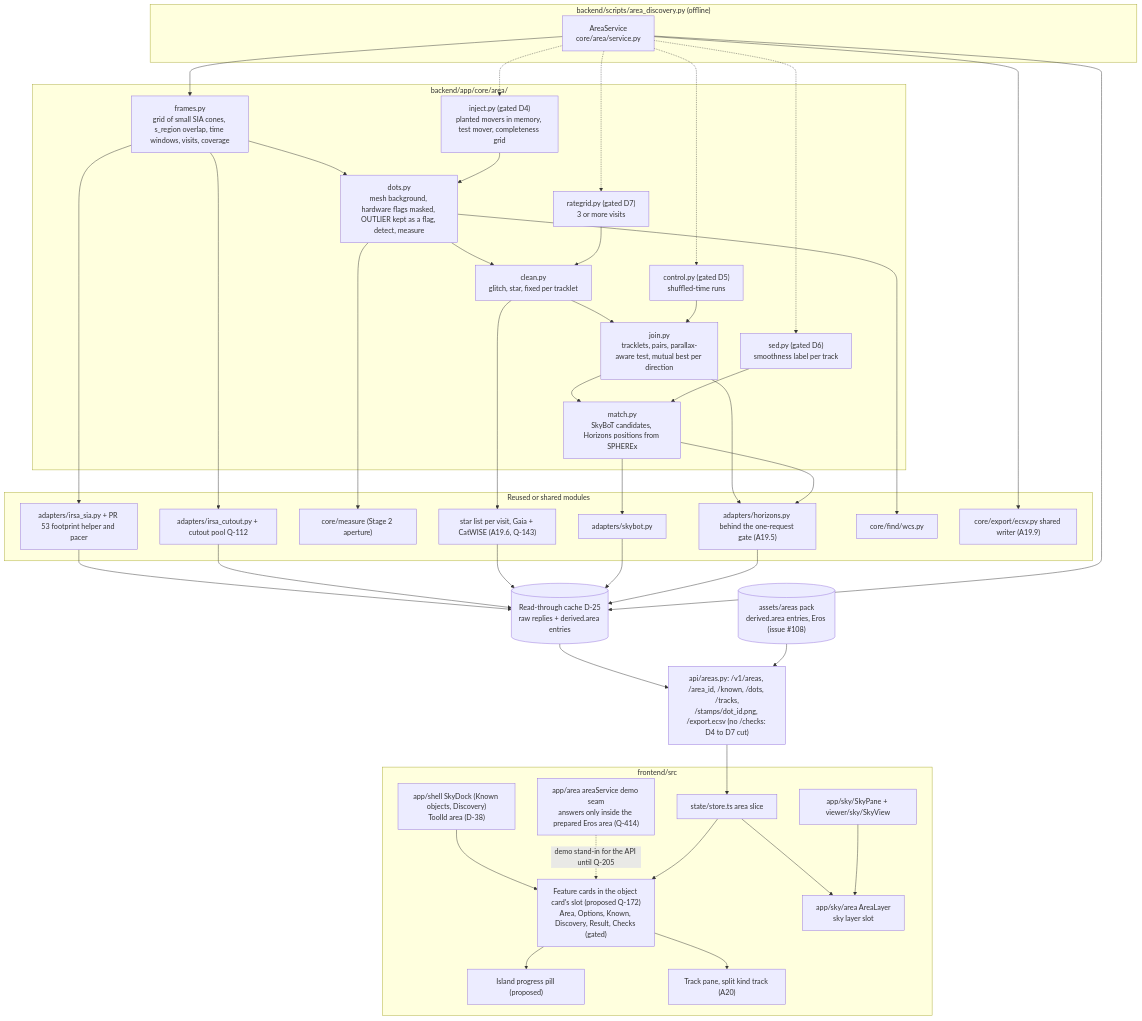
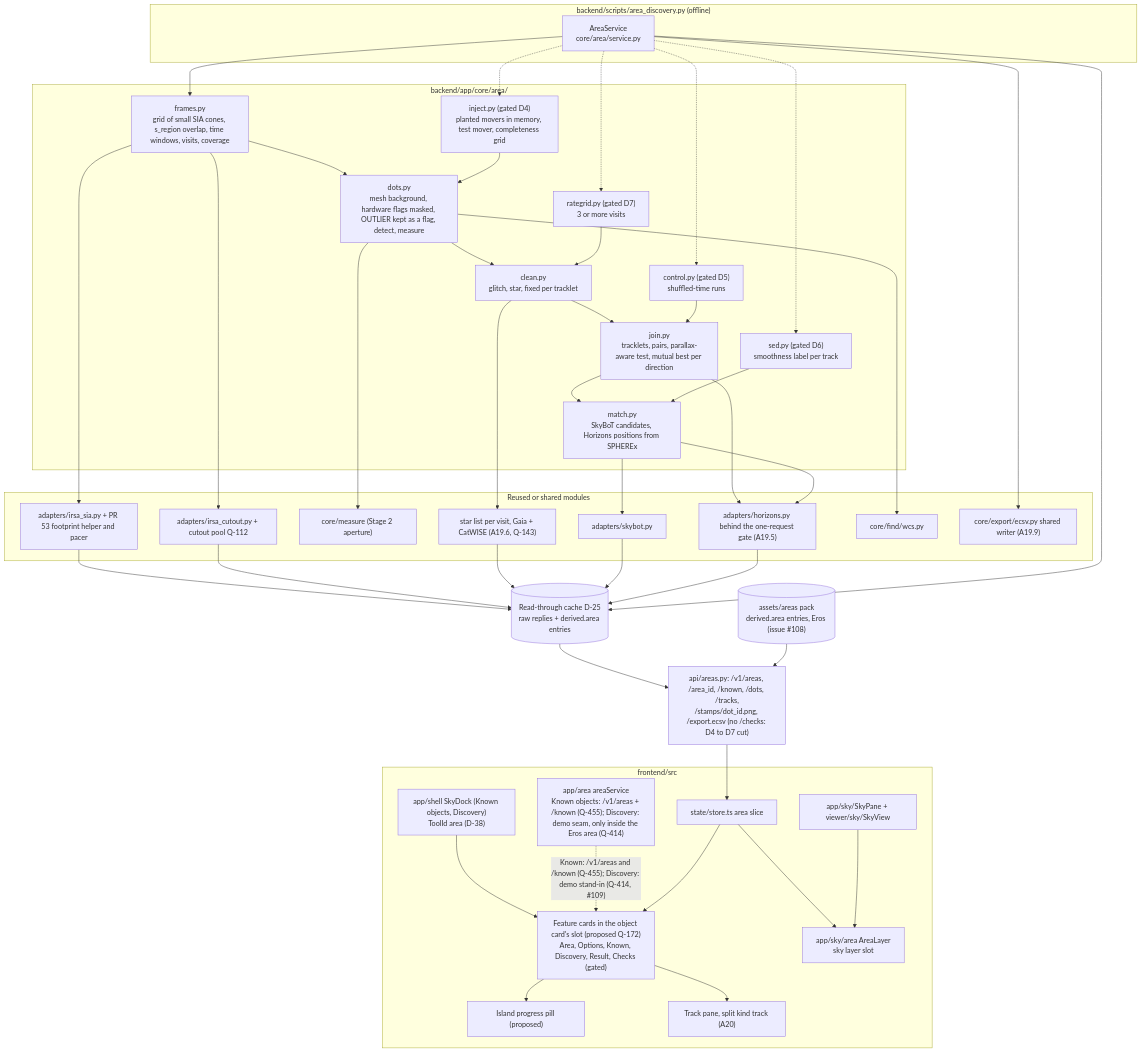
Before and after one commit to 0ffrian/SphereX: the first of 3 diagrams in docs/uml/22-area-search.md, drawn with Mermaid. The commit also changed other lines of this file and 25 other files, not shown here.

First line of the commit message:
Known objects on the real /v1/areas: Known card, sky positions, Track it on /frames and /path (#130)

````diff
--- a/docs/uml/22-area-search.md
+++ b/docs/uml/22-area-search.md
@@ -7,74 +7,74 @@
 ```mermaid
 flowchart TB
   subgraph Script["backend/scripts/area_discovery.py (offline)"]
     SVC["AreaService<br/>core/area/service.py"]
   end
   subgraph Core["backend/app/core/area/"]
     FRM["frames.py<br/>grid of small SIA cones, s_region overlap, time windows, visits, coverage"]
     DOT["dots.py<br/>mesh background, hardware flags masked, OUTLIER kept as a flag, detect, measure"]
     CLN["clean.py<br/>glitch, star, fixed per tracklet"]
     JON["join.py<br/>tracklets, pairs, parallax-aware test, mutual best per direction"]
     MAT["match.py<br/>SkyBoT candidates, Horizons positions from SPHEREx"]
     INJ["inject.py (gated D4)<br/>planted movers in memory, test mover, completeness grid"]
     CTL["control.py (gated D5)<br/>shuffled-time runs"]
     SED["sed.py (gated D6)<br/>smoothness label per track"]
     RGL["rategrid.py (gated D7)<br/>3 or more visits"]
   end
   subgraph Reused["Reused or shared modules"]
     SIA["adapters/irsa_sia.py + PR 53 footprint helper and pacer"]
     CUT["adapters/irsa_cutout.py + cutout pool Q-112"]
     MEAS["core/measure (Stage 2 aperture)"]
     STAR["star list per visit, Gaia + CatWISE (A19.6, Q-143)"]
     SKB["adapters/skybot.py"]
     HOR["adapters/horizons.py behind the one-request gate (A19.5)"]
     WCS["core/find/wcs.py"]
     ECSV["core/export/ecsv.py shared writer (A19.9)"]
   end
   CACHE[("Read-through cache D-25<br/>raw replies + derived.area entries")]
   API["api/areas.py: /v1/areas, /area_id, /known, /dots, /tracks,<br/>/stamps/dot_id.png, /export.ecsv (no /checks: D4 to D7 cut)"]
   PACK[("assets/areas pack<br/>derived.area entries, Eros (issue #108)")]
   subgraph FE["frontend/src"]
     RAIL["app/shell SkyDock (Known objects, Discovery)<br/>ToolId area (D-38)"]
-    DEMO["app/area areaService demo seam<br/>answers only inside the prepared Eros area (Q-414)"]
+    DEMO["app/area areaService<br/>Known objects: /v1/areas + /known (Q-455); Discovery: demo seam, only inside the Eros area (Q-414)"]
     CARDS["Feature cards in the object card's slot (proposed Q-172)<br/>Area, Options, Known, Discovery, Result, Checks (gated)"]
     ISL["Island progress pill (proposed)"]
     LAYER["app/sky/area AreaLayer<br/>sky layer slot"]
     STORE["state/store.ts area slice"]
     TRK["Track pane, split kind track (A20)"]
     SKY["app/sky/SkyPane + viewer/sky/SkyView"]
   end
   SVC --> FRM --> DOT --> CLN --> JON --> MAT
   SVC --> ECSV
   SVC -.-> INJ
   SVC -.-> CTL
   SVC -.-> SED
   SVC -.-> RGL
   INJ --> DOT
   CTL --> JON
   RGL --> CLN
   SED --> MAT
   FRM --> SIA
   FRM --> CUT
   DOT --> WCS
   DOT --> MEAS
   CLN --> STAR
   JON --> HOR
   MAT --> SKB
   MAT --> HOR
   SIA --> CACHE
   CUT --> CACHE
   STAR --> CACHE
   SKB --> CACHE
   HOR --> CACHE
   SVC --> CACHE
   CACHE --> API
   PACK --> API
   API --> STORE
   RAIL --> CARDS
-  DEMO -.->|"demo stand-in for the API until Q-205"| CARDS
+  DEMO -.->|"Known: /v1/areas and /known (Q-455); Discovery: demo stand-in (Q-414, #109)"| CARDS
   STORE --> CARDS
   CARDS --> ISL
   STORE --> LAYER
   SKY --> LAYER
   CARDS --> TRK
 ```
````
